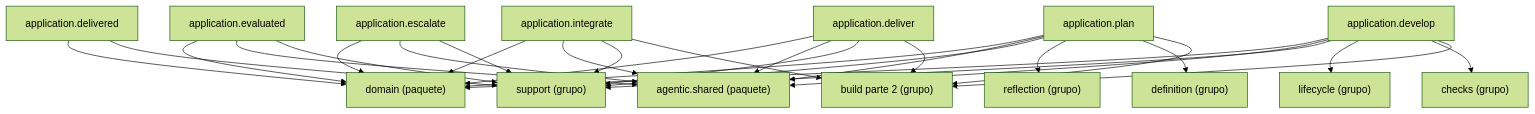
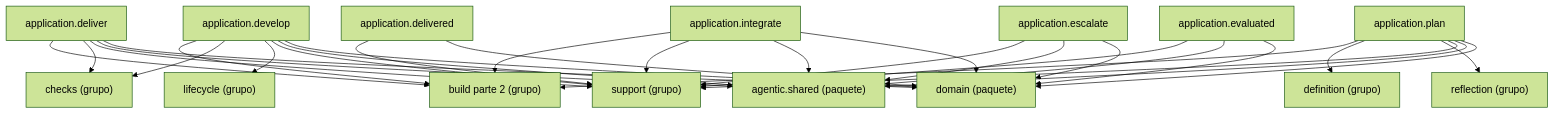
Before and after one commit to GonzaloZevallos/agentic-system: the diagram in docs/architecture/generated/packages-process-application-build-1.md, drawn with Mermaid (forest theme). The commit also changed other lines of this file and 15 other files, not shown here.

Commit message:
Place application.api_break in the checks cluster so the package pages stay within their cap

````diff
--- a/docs/architecture/generated/packages-process-application-build-1.md
+++ b/docs/architecture/generated/packages-process-application-build-1.md
@@ -17,46 +16,47 @@
 ```mermaid
 graph TD
     g_application__build__2["build parte 2 (grupo)"]
     g_application__checks["checks (grupo)"]
     g_application__definition["definition (grupo)"]
     g_application__lifecycle["lifecycle (grupo)"]
     g_application__reflection["reflection (grupo)"]
     g_application__support["support (grupo)"]
     g_pkg__agentic__shared["agentic.shared (paquete)"]
     g_pkg__domain["domain (paquete)"]
     m_application__deliver["application.deliver"]
     m_application__delivered["application.delivered"]
     m_application__develop["application.develop"]
     m_application__escalate["application.escalate"]
     m_application__evaluated["application.evaluated"]
     m_application__integrate["application.integrate"]
     m_application__plan["application.plan"]
     m_application__deliver --> g_application__build__2
+    m_application__deliver --> g_application__checks
     m_application__deliver --> g_application__support
     m_application__deliver --> g_pkg__agentic__shared
     m_application__deliver --> g_pkg__domain
     m_application__delivered --> g_application__support
     m_application__delivered --> g_pkg__domain
     m_application__develop --> g_application__build__2
     m_application__develop --> g_application__checks
     m_application__develop --> g_application__lifecycle
     m_application__develop --> g_application__support
     m_application__develop --> g_pkg__agentic__shared
     m_application__develop --> g_pkg__domain
     m_application__escalate --> g_application__support
     m_application__escalate --> g_pkg__agentic__shared
     m_application__escalate --> g_pkg__domain
     m_application__evaluated --> g_application__support
     m_application__evaluated --> g_pkg__agentic__shared
     m_application__evaluated --> g_pkg__domain
     m_application__integrate --> g_application__build__2
     m_application__integrate --> g_application__support
     m_application__integrate --> g_pkg__agentic__shared
     m_application__integrate --> g_pkg__domain
     m_application__plan --> g_application__build__2
     m_application__plan --> g_application__definition
     m_application__plan --> g_application__reflection
     m_application__plan --> g_application__support
     m_application__plan --> g_pkg__agentic__shared
     m_application__plan --> g_pkg__domain
 ```
````
